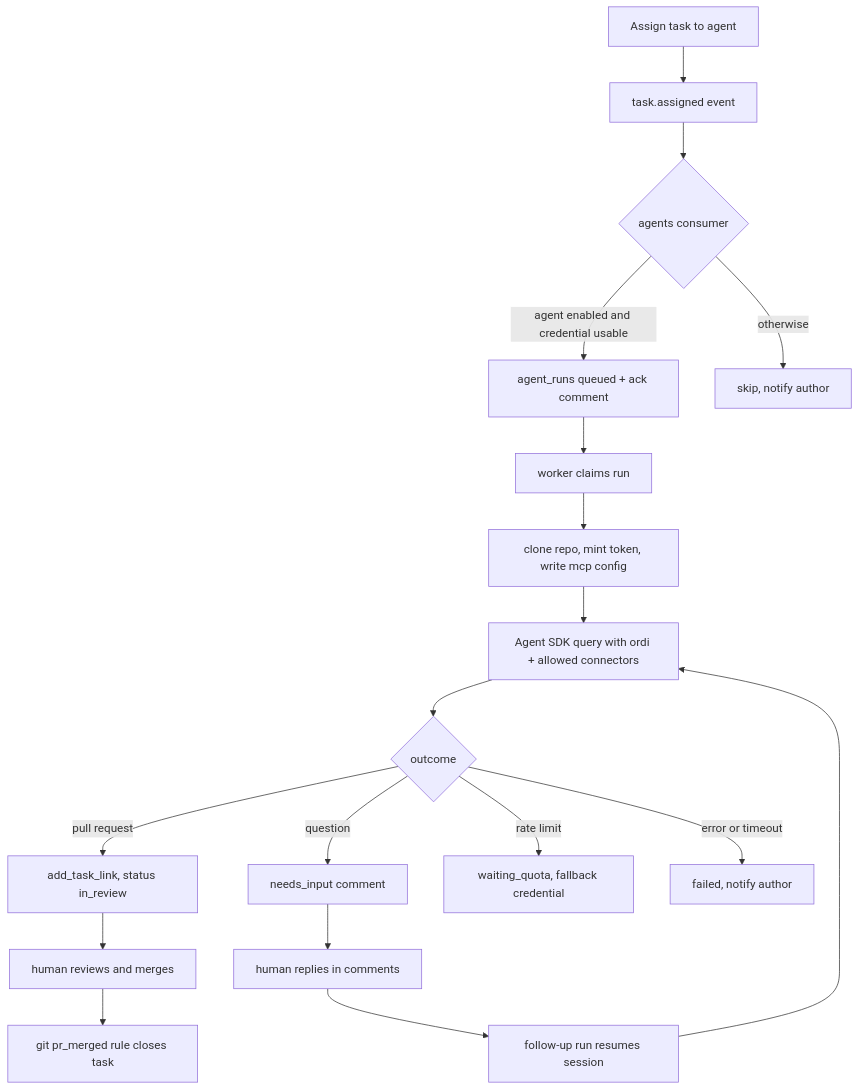
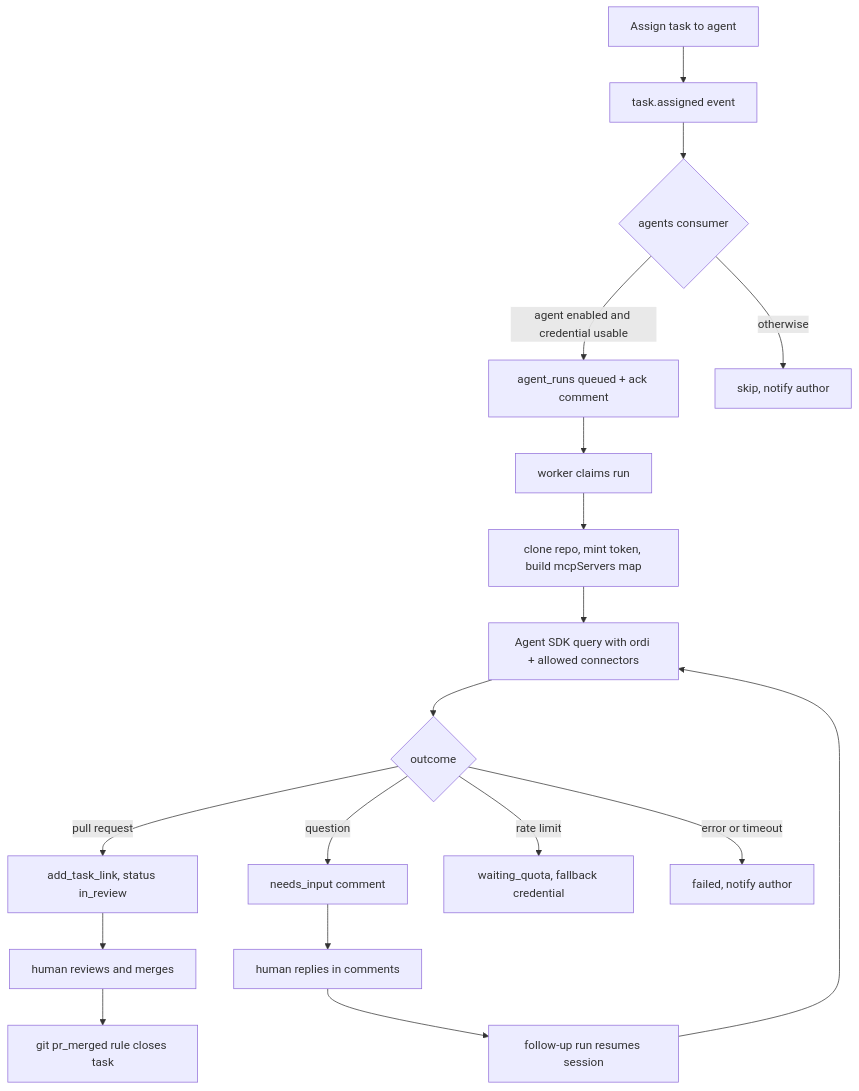
The first of 3 diagrams in docs/plans/2026-09-05-001-feature-ai-agent-employees-plan.md (romirom11/ordi), drawn with Mermaid before and after one commit. The commit also changed other lines of this file, not shown here.

````diff
--- a/docs/plans/2026-09-05-001-feature-ai-agent-employees-plan.md
+++ b/docs/plans/2026-09-05-001-feature-ai-agent-employees-plan.md
@@ -136,20 +135,20 @@
 ```mermaid
 flowchart TB
   A[Assign task to agent] --> B[task.assigned event]
   B --> C{agents consumer}
   C -->|agent enabled and credential usable| D[agent_runs queued + ack comment]
   C -->|otherwise| Z[skip, notify author]
   D --> E[worker claims run]
-  E --> F[clone repo, mint token, write mcp config]
+  E --> F[clone repo, mint token, build mcpServers map]
   F --> G[Agent SDK query with ordi + allowed connectors]
   G --> H{outcome}
   H -->|pull request| I[add_task_link, status in_review]
   H -->|question| J[needs_input comment]
   H -->|rate limit| K[waiting_quota, fallback credential]
   H -->|error or timeout| L[failed, notify author]
   I --> M[human reviews and merges]
   M --> N[git pr_merged rule closes task]
   J --> O[human replies in comments]
   O --> P[follow-up run resumes session]
   P --> G
 ```
````
